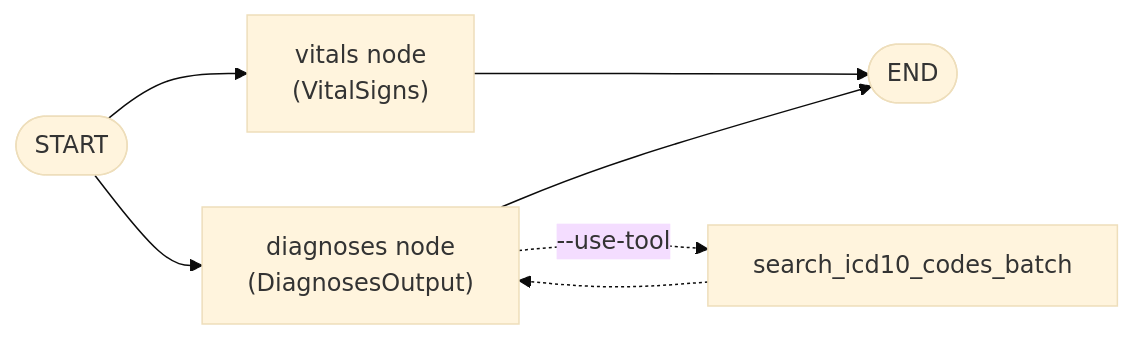
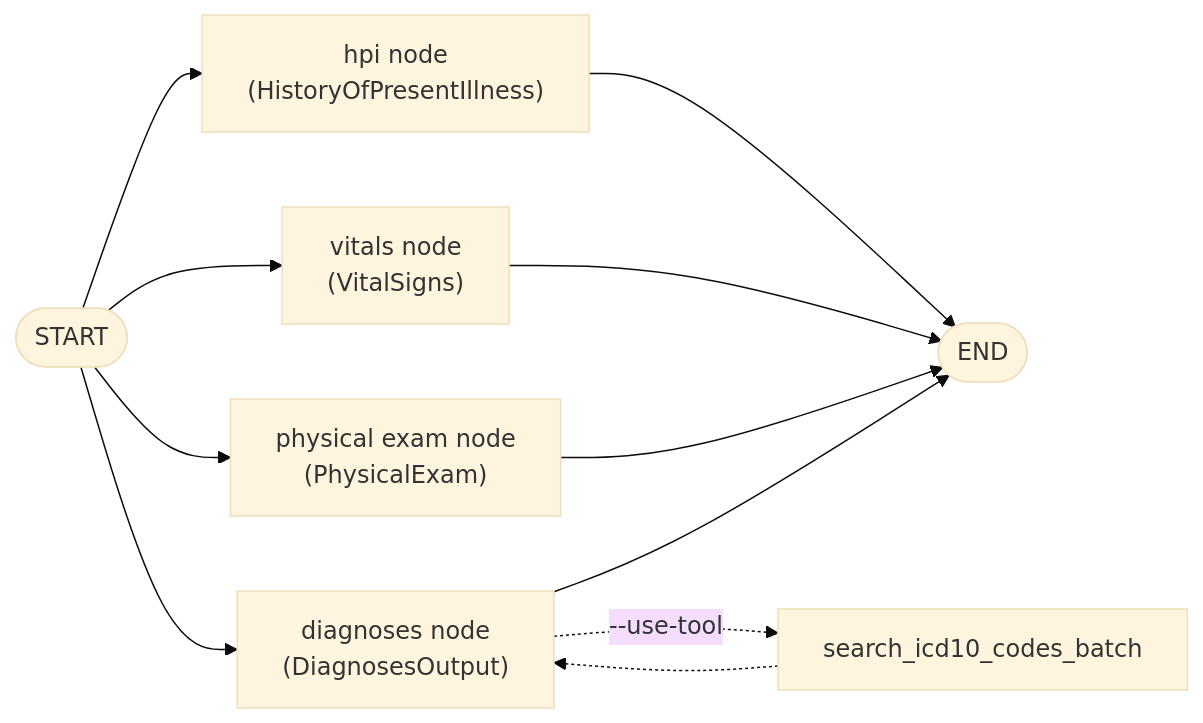
The second of 2 diagrams in README.md (nroldanf/agentic-evaluation-workshop), drawn with Mermaid (base theme) before and after one commit. The commit also changed other lines of this file and 9 other files, not shown here.

First line of the commit message:
feat: add HPI and physical exam agents, unify agent builder

````diff
--- a/README.md
+++ b/README.md
@@ -29,9 +43,13 @@
 ```mermaid
 flowchart LR
-    S([START]) --> V["vitals node<br/>(VitalSigns)"]
+    S([START]) --> H["hpi node<br/>(HistoryOfPresentIllness)"]
+    S --> V["vitals node<br/>(VitalSigns)"]
+    S --> P["physical exam node<br/>(PhysicalExam)"]
     S --> D["diagnoses node<br/>(DiagnosesOutput)"]
-    V --> E([END])
+    H --> E([END])
+    V --> E
+    P --> E
     D --> E
     D -.->|"--use-tool"| T["search_icd10_codes_batch"]
     T -.-> D
 ```
````
